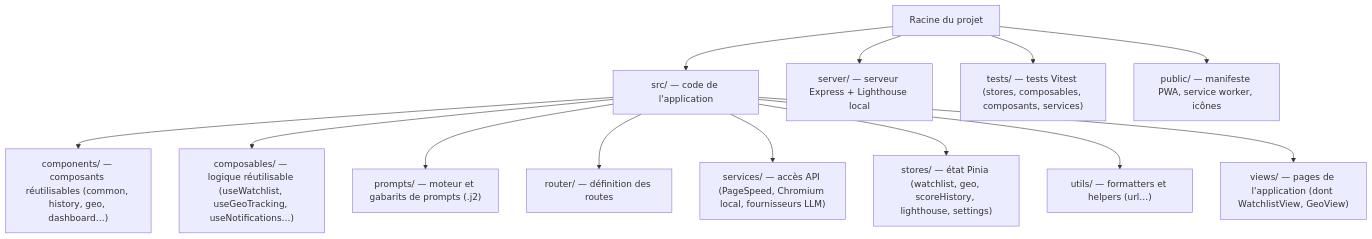
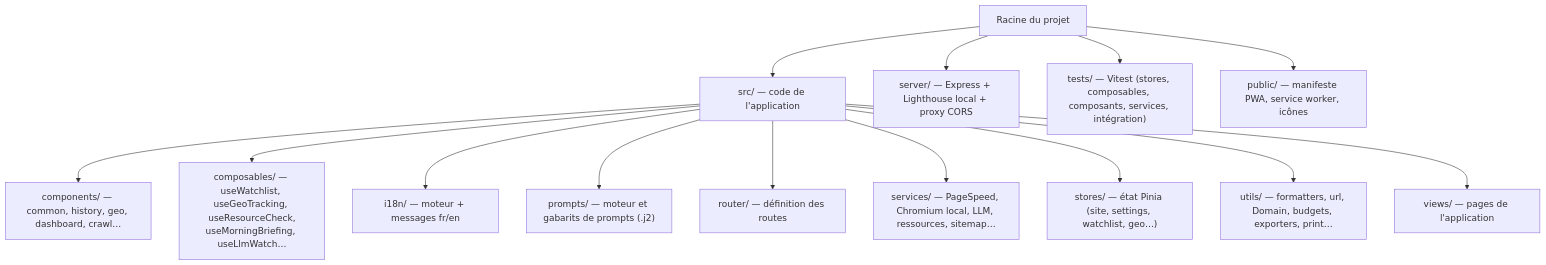
One commit to venantvr-web/vuejs.lighthouse.llm changed diagram 13 of 13 in README.md. Above: the diagram before and after it, drawn with Mermaid. The commit also changed other lines of this file, not shown here.

````diff
--- a/README.md
+++ b/README.md
@@ -231,17 +453,18 @@
 ```mermaid
 graph TD
     root["Racine du projet"]
     root --> src["src/ — code de l'application"]
-    root --> server["server/ — serveur Express + Lighthouse local"]
-    root --> tests["tests/ — tests Vitest (stores, composables, composants, services)"]
+    root --> server["server/ — Express + Lighthouse local + proxy CORS"]
+    root --> tests["tests/ — Vitest (stores, composables, composants, services, intégration)"]
     root --> public["public/ — manifeste PWA, service worker, icônes"]
 
-    src --> components["components/ — composants réutilisables (common, history, geo, dashboard…)"]
-    src --> composables["composables/ — logique réutilisable (useWatchlist, useGeoTracking, useNotifications…)"]
+    src --> components["components/ — common, history, geo, dashboard, crawl…"]
+    src --> composables["composables/ — useWatchlist, useGeoTracking, useResourceCheck,<br/>useMorningBriefing, useLlmWatch…"]
+    src --> i18n["i18n/ — moteur + messages fr/en"]
     src --> prompts["prompts/ — moteur et gabarits de prompts (.j2)"]
     src --> router["router/ — définition des routes"]
-    src --> services["services/ — accès API (PageSpeed, Chromium local, fournisseurs LLM)"]
-    src --> stores["stores/ — état Pinia (watchlist, geo, scoreHistory, lighthouse, settings)"]
-    src --> utils["utils/ — formatters et helpers (url…)"]
-    src --> views["views/ — pages de l'application (dont WatchlistView, GeoView)"]
+    src --> services["services/ — PageSpeed, Chromium local, LLM, ressources, sitemap…"]
+    src --> stores["stores/ — état Pinia (site, settings, watchlist, geo…)"]
+    src --> utils["utils/ — formatters, url, Domain, budgets, exporters, print…"]
+    src --> views["views/ — pages de l'application"]
 ```
````
